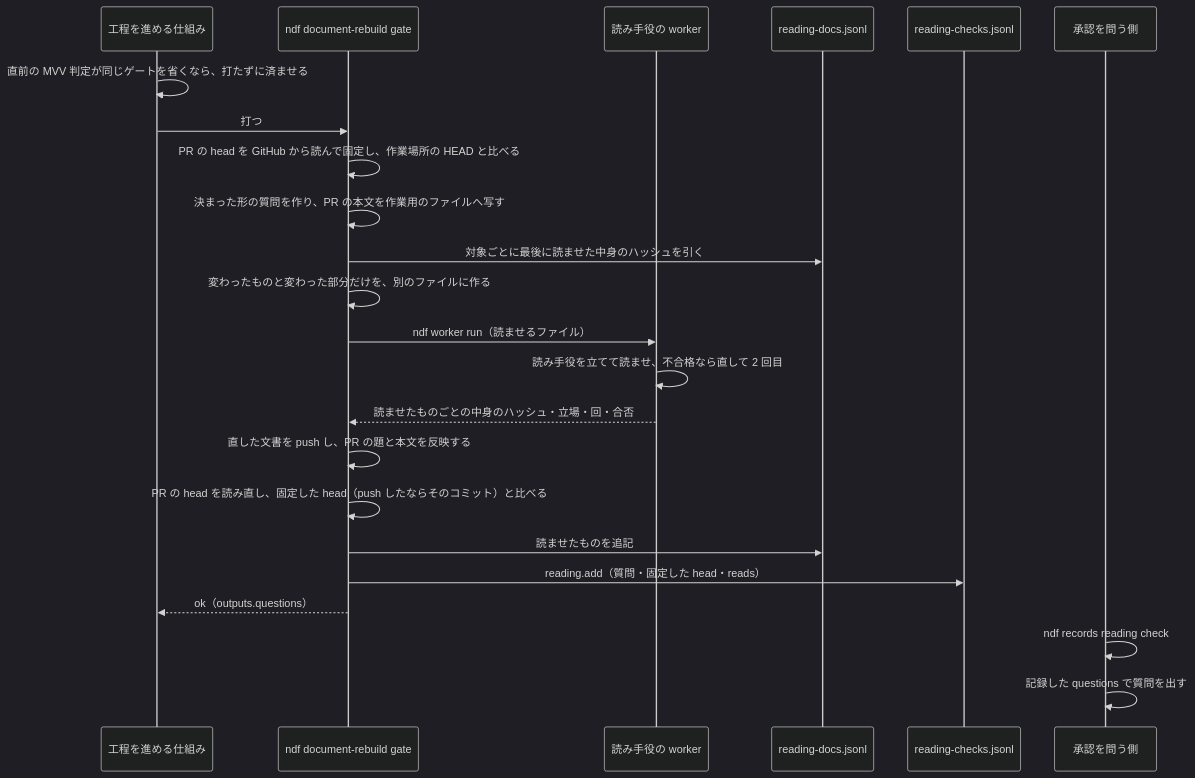
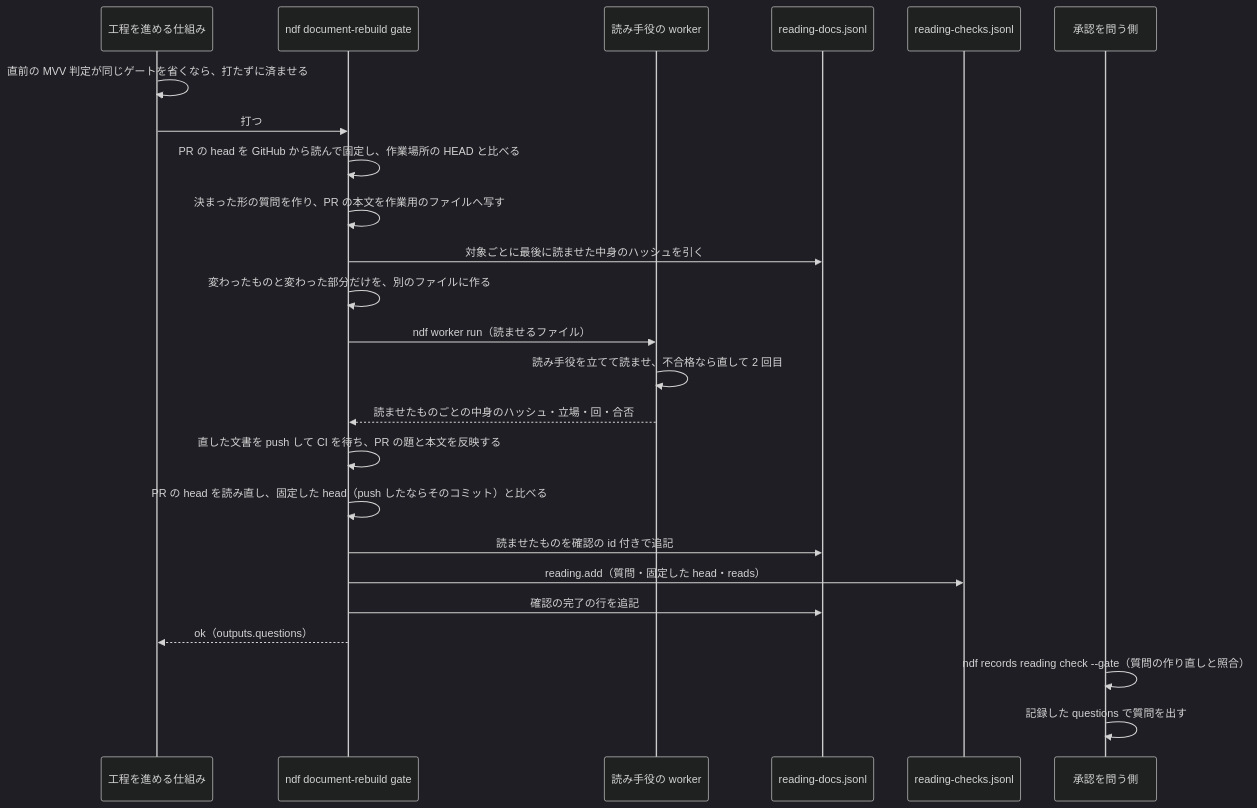
One commit to devbasex/ai-plugins changed the fourth of 4 diagrams in issues/issue-4446-design.md. Above: the diagram before and after it, drawn with Mermaid (dark theme). The commit also changed other lines of this file, not shown here.

````diff
--- a/issues/issue-4446-design.md
+++ b/issues/issue-4446-design.md
@@ -205,25 +216,26 @@
 ```mermaid
 sequenceDiagram
   participant P as 工程を進める仕組み
   participant G as ndf document-rebuild gate
   participant W as 読み手役の worker
   participant B as reading-docs.jsonl
   participant L as reading-checks.jsonl
   participant C as 承認を問う側
   P->>P: 直前の MVV 判定が同じゲートを省くなら、打たずに済ませる
   P->>G: 打つ
   G->>G: PR の head を GitHub から読んで固定し、作業場所の HEAD と比べる
   G->>G: 決まった形の質問を作り、PR の本文を作業用のファイルへ写す
   G->>B: 対象ごとに最後に読ませた中身のハッシュを引く
   G->>G: 変わったものと変わった部分だけを、別のファイルに作る
   G->>W: ndf worker run（読ませるファイル）
   W->>W: 読み手役を立てて読ませ、不合格なら直して 2 回目
   W-->>G: 読ませたものごとの中身のハッシュ・立場・回・合否
-  G->>G: 直した文書を push し、PR の題と本文を反映する
+  G->>G: 直した文書を push して CI を待ち、PR の題と本文を反映する
   G->>G: PR の head を読み直し、固定した head（push したならそのコミット）と比べる
-  G->>B: 読ませたものを追記
+  G->>B: 読ませたものを確認の id 付きで追記
   G->>L: reading.add（質問・固定した head・reads）
+  G->>B: 確認の完了の行を追記
   G-->>P: ok（outputs.questions）
-  C->>C: ndf records reading check
+  C->>C: ndf records reading check --gate（質問の作り直しと照合）
   C->>C: 記録した questions で質問を出す
 ```
````
